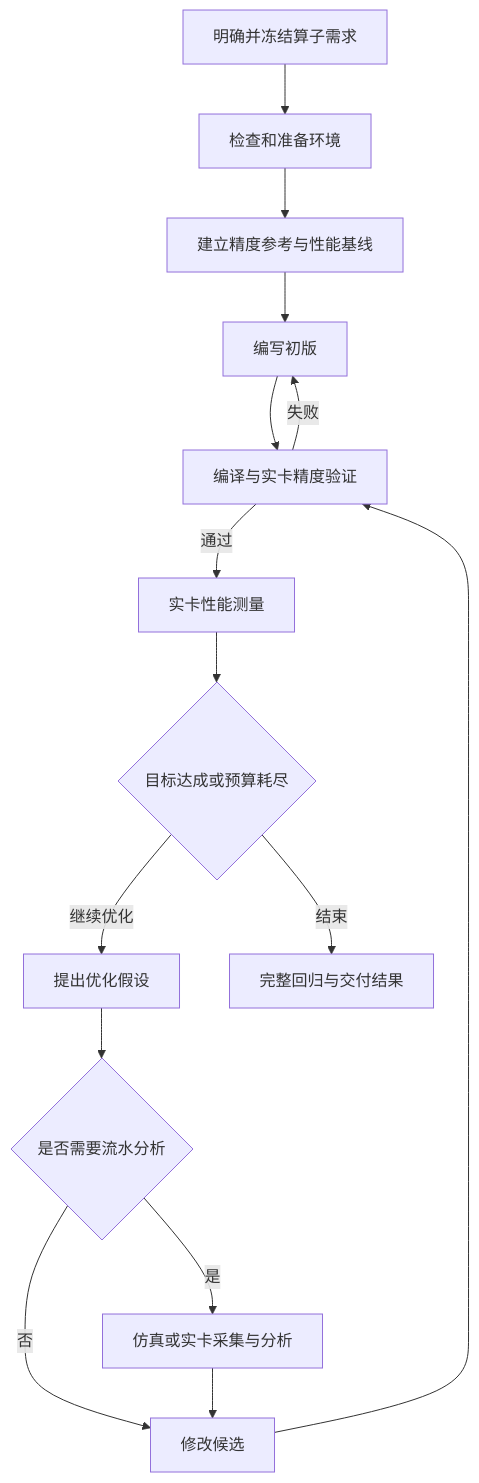
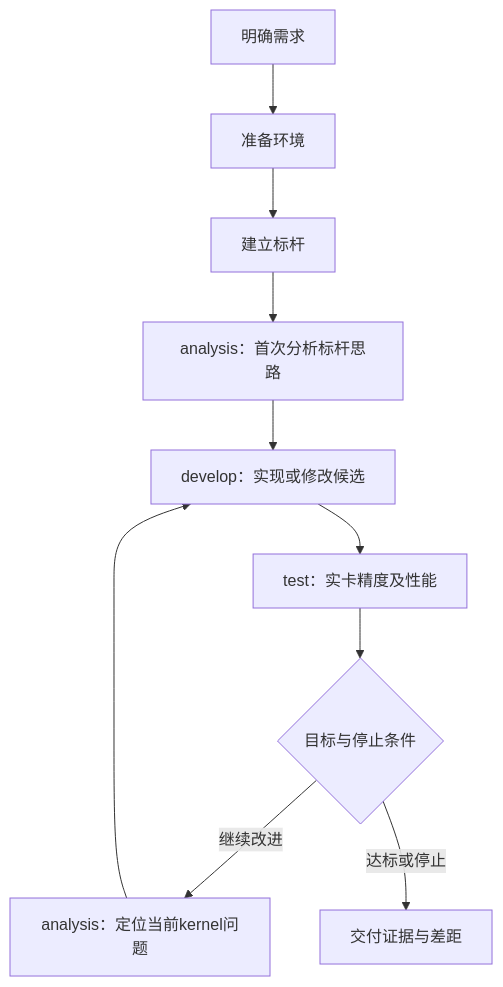
One commit to tile-ai/tilelang-mlir-ascend changed the diagram in docs/REQUIREMENTS.md. Above: the diagram before and after it, drawn with Mermaid. The commit also changed other lines of this file and 37 other files, not shown here.

````diff
--- a/docs/REQUIREMENTS.md
+++ b/docs/REQUIREMENTS.md
@@ -45,17 +45,12 @@
 ```mermaid
 flowchart TD
-    A[明确并冻结算子需求] --> B[检查和准备环境]
-    B --> C[建立精度参考与性能基线]
-    C --> D[编写初版]
-    D --> E[编译与实卡精度验证]
-    E -->|失败| D
-    E -->|通过| F[实卡性能测量]
-    F --> G{目标达成或预算耗尽}
-    G -->|继续优化| H[提出优化假设]
-    H --> I{是否需要流水分析}
-    I -->|是| J[仿真或实卡采集与分析]
-    I -->|否| K[修改候选]
-    J --> K
-    K --> E
-    G -->|结束| L[完整回归与交付结果]
+    R[明确需求] --> E[准备环境]
+    E --> B[建立标杆]
+    B --> A[analysis：首次分析标杆思路]
+    A --> D[develop：实现或修改候选]
+    D --> T[test：实卡精度及性能]
+    T --> C{目标与停止条件}
+    C -->|继续改进| X[analysis：定位当前kernel问题]
+    X --> D
+    C -->|达标或停止| O[交付证据与差距]
 ```
````
